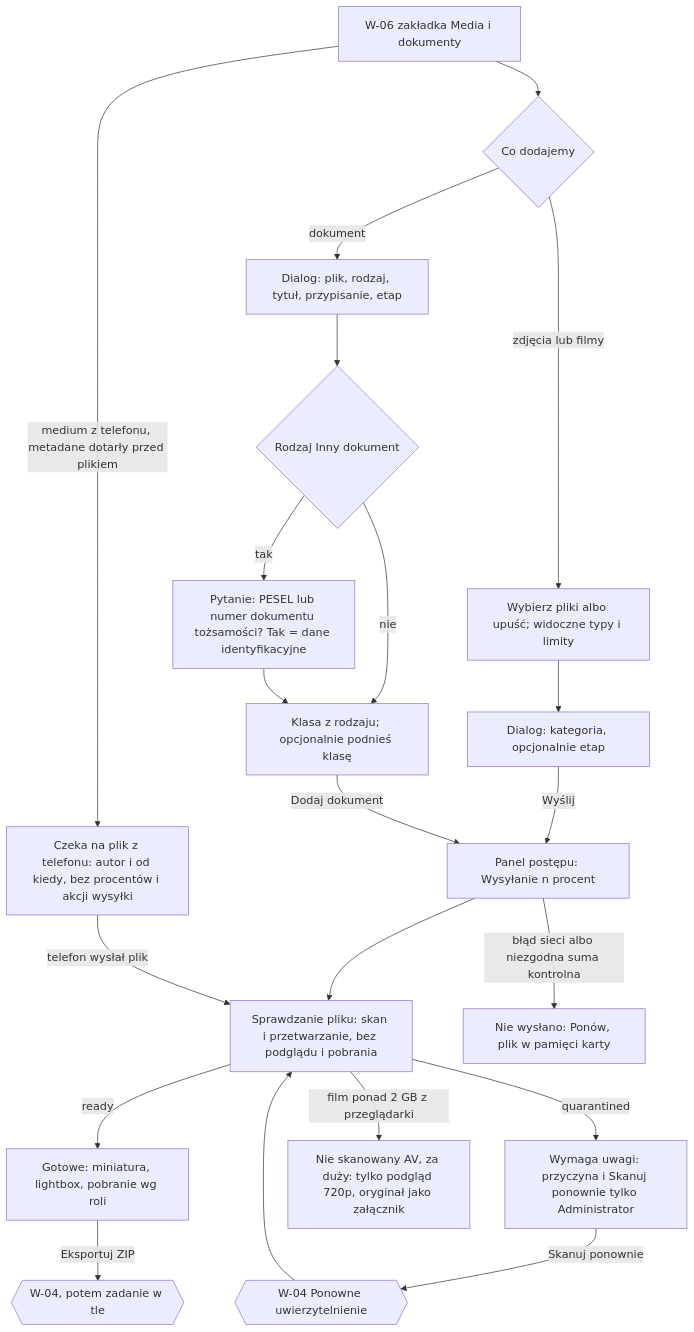
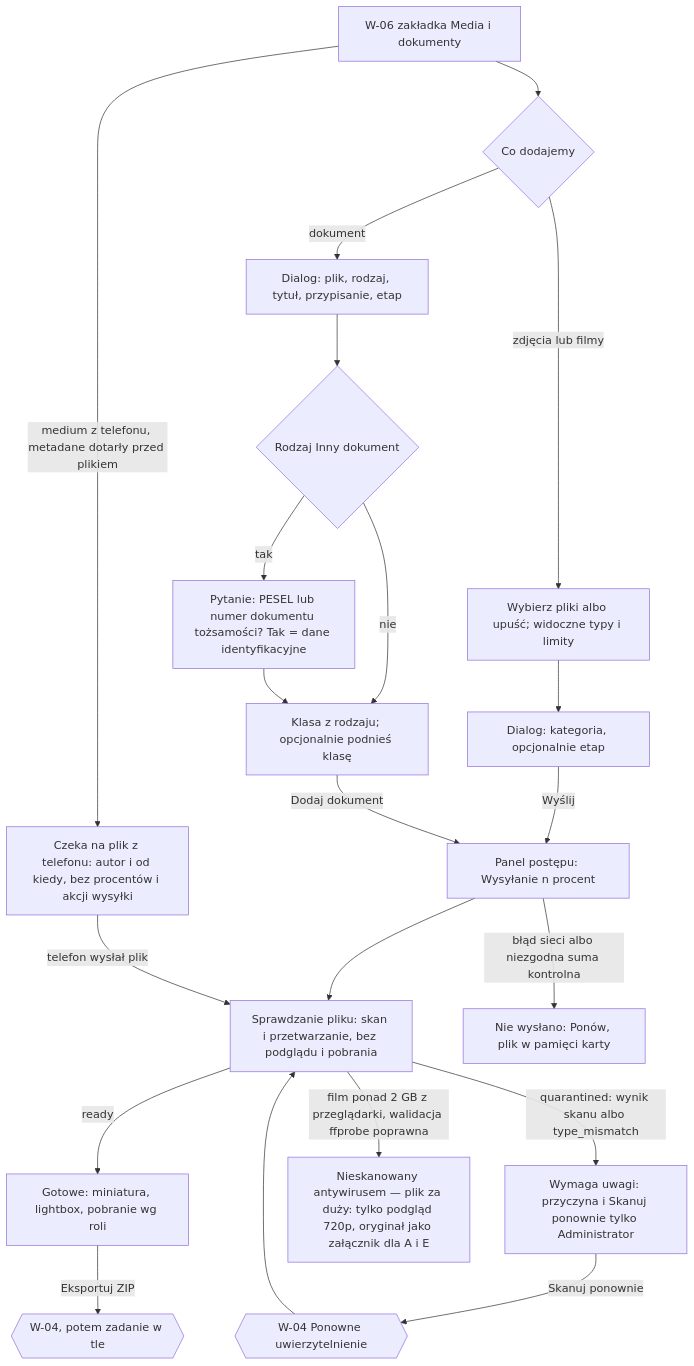
The diagram in docs/ux/flows/06-galeria-i-upload.md (konradkluz/evia-manager), drawn with Mermaid before and after one commit. The commit also changed other lines of this file and 18 other files, not shown here.

````diff
--- a/docs/ux/flows/06-galeria-i-upload.md
+++ b/docs/ux/flows/06-galeria-i-upload.md
@@ -7,23 +7,23 @@
 ```mermaid
 flowchart TD
   A["W-06 zakładka Media i dokumenty"] --> B{"Co dodajemy"}
   B -->|"zdjęcia lub filmy"| C["Wybierz pliki albo upuść; widoczne typy i limity"]
   C --> D["Dialog: kategoria, opcjonalnie etap"]
   D -->|"Wyślij"| E["Panel postępu: Wysyłanie n procent"]
   B -->|"dokument"| F["Dialog: plik, rodzaj, tytuł, przypisanie, etap"]
   F --> G{"Rodzaj Inny dokument"}
   G -->|"tak"| H["Pytanie: PESEL lub numer dokumentu tożsamości? Tak = dane identyfikacyjne"]
   G -->|"nie"| I["Klasa z rodzaju; opcjonalnie podnieś klasę"]
   H --> I
   I -->|"Dodaj dokument"| E
   E --> J["Sprawdzanie pliku: skan i przetwarzanie, bez podglądu i pobrania"]
   J -->|"ready"| K["Gotowe: miniatura, lightbox, pobranie wg roli"]
-  J -->|"quarantined"| L["Wymaga uwagi: przyczyna i Skanuj ponownie tylko Administrator"]
+  J -->|"quarantined: wynik skanu albo type_mismatch"| L["Wymaga uwagi: przyczyna i Skanuj ponownie tylko Administrator"]
   L -->|"Skanuj ponownie"| W4{{"W-04 Ponowne uwierzytelnienie"}}
   W4 --> J
-  J -->|"film ponad 2 GB z przeglądarki"| M["Nie skanowany AV, za duży: tylko podgląd 720p, oryginał jako załącznik"]
+  J -->|"film ponad 2 GB z przeglądarki, walidacja ffprobe poprawna"| M["Nieskanowany antywirusem — plik za duży: tylko podgląd 720p, oryginał jako załącznik dla A i E"]
   E -->|"błąd sieci albo niezgodna suma kontrolna"| N["Nie wysłano: Ponów, plik w pamięci karty"]
   K -->|"Eksportuj ZIP"| W4b{{"W-04, potem zadanie w tle"}}
   A -->|"medium z telefonu, metadane dotarły przed plikiem"| T["Czeka na plik z telefonu: autor i od kiedy, bez procentów i akcji wysyłki"]
   T -->|"telefon wysłał plik"| J
 ```
````
